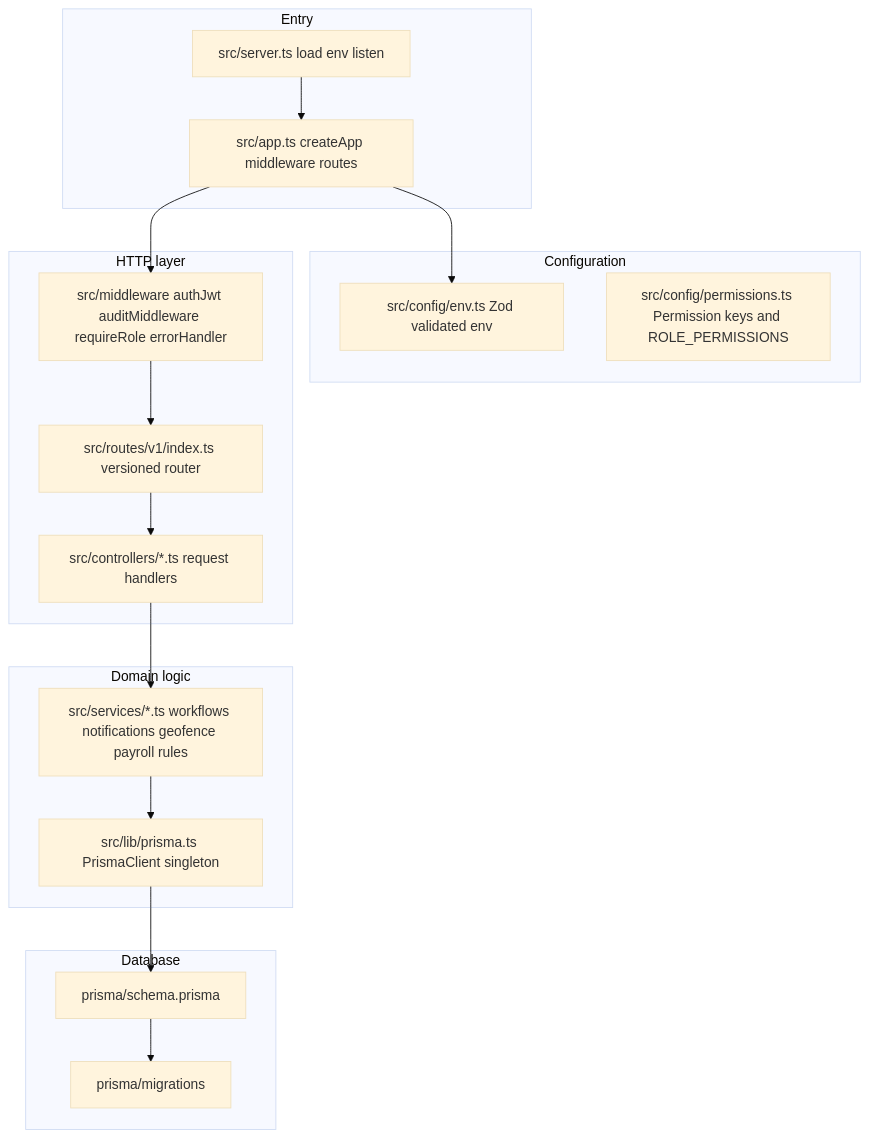
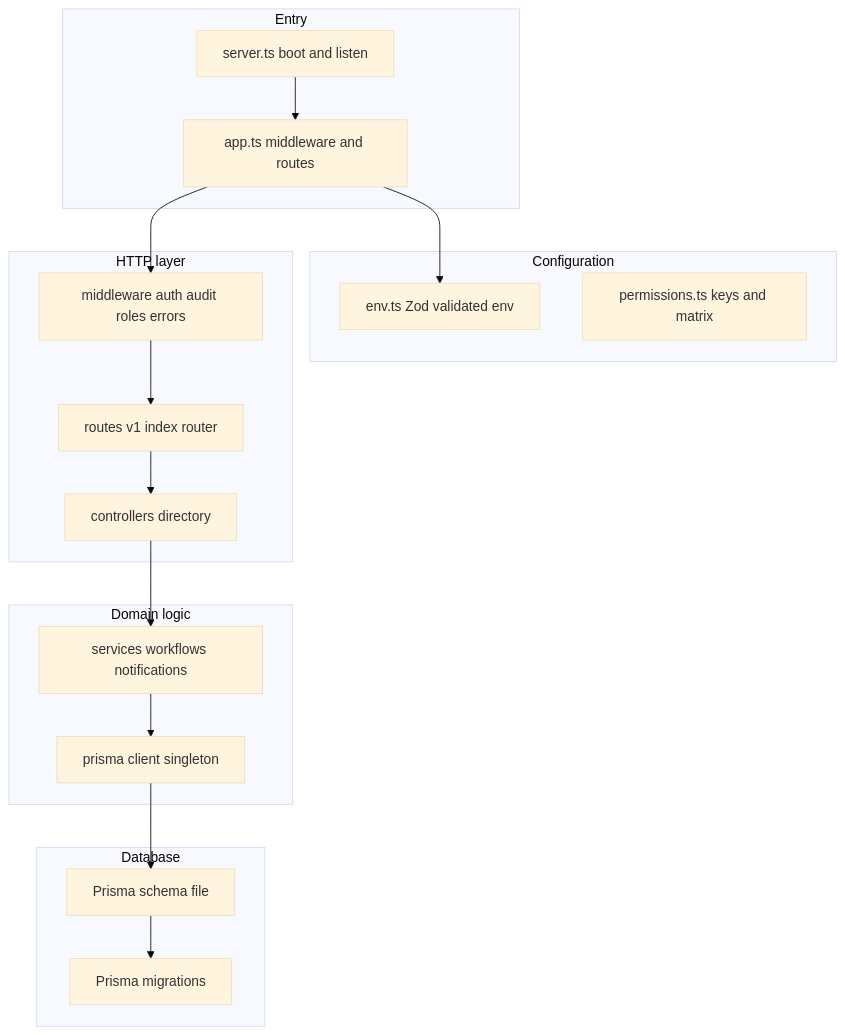
Before and after one commit to Amamer3/HRMS-backend: the third of 9 diagrams in README.md, drawn with Mermaid (base theme). The commit also changed other lines of this file, not shown here.

Commit message:
Refactor README.md for clarity and consistency. Updated flowcharts to use concise labels, improved descriptions of components, and clarified the Docker setup. Enhanced the authentication flow diagram and added notes on token handling. Adjusted terminology for better understanding.

````diff
--- a/README.md
+++ b/README.md
@@ -104,38 +106,38 @@
 ```mermaid
 flowchart TB
   subgraph entry["Entry"]
-    S["src/server.ts load env listen"]
-    A["src/app.ts createApp middleware routes"]
+    S[server.ts boot and listen]
+    A[app.ts middleware and routes]
   end
 
   subgraph config["Configuration"]
-    E["src/config/env.ts Zod validated env"]
-    P["src/config/permissions.ts Permission keys and ROLE_PERMISSIONS"]
+    E[env.ts Zod validated env]
+    P[permissions.ts keys and matrix]
   end
 
   subgraph http["HTTP layer"]
-    R["src/routes/v1/index.ts versioned router"]
-    C["src/controllers/*.ts request handlers"]
-    M["src/middleware authJwt auditMiddleware requireRole errorHandler"]
+    R[routes v1 index router]
+    C[controllers directory]
+    M[middleware auth audit roles errors]
   end
 
   subgraph domain["Domain logic"]
-    SV["src/services/*.ts workflows notifications geofence payroll rules"]
-    L["src/lib/prisma.ts PrismaClient singleton"]
+    SV[services workflows notifications]
+    L[prisma client singleton]
   end
 
-  subgraph db["Database"]
-    PR["prisma/schema.prisma"]
-    MI["prisma/migrations"]
+  subgraph prismaBlock["Database"]
+    PR[Prisma schema file]
+    MI[Prisma migrations]
   end
 
   S --> A
   A --> E
   A --> M
   M --> R
   R --> C
   C --> SV
   SV --> L
   L --> PR
   PR --> MI
 ```
````
